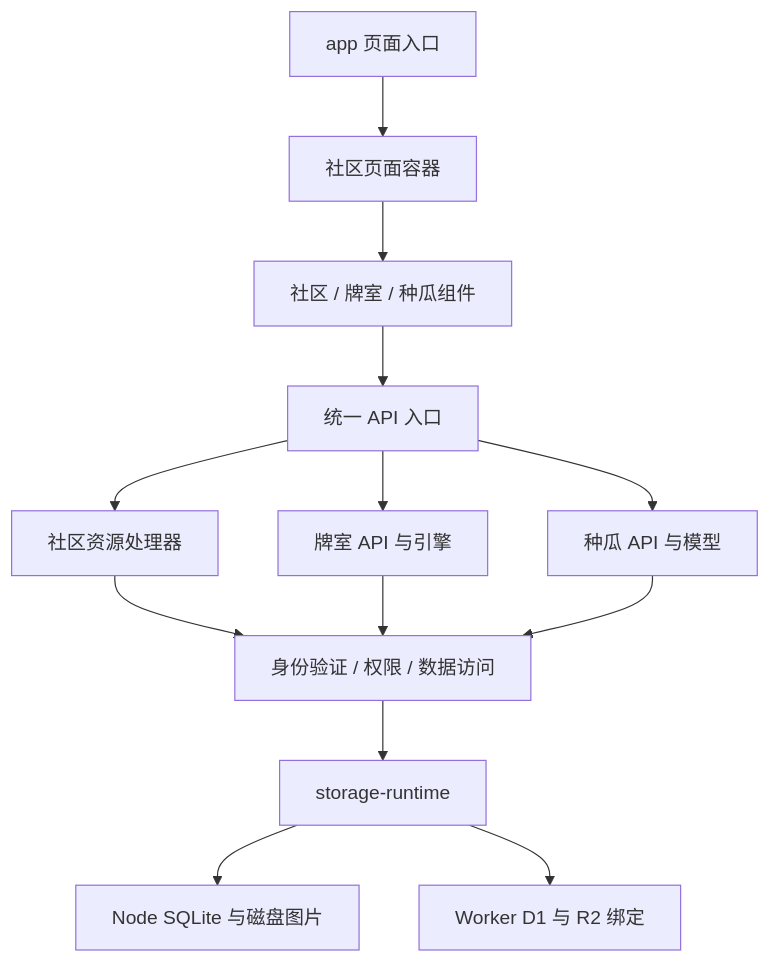
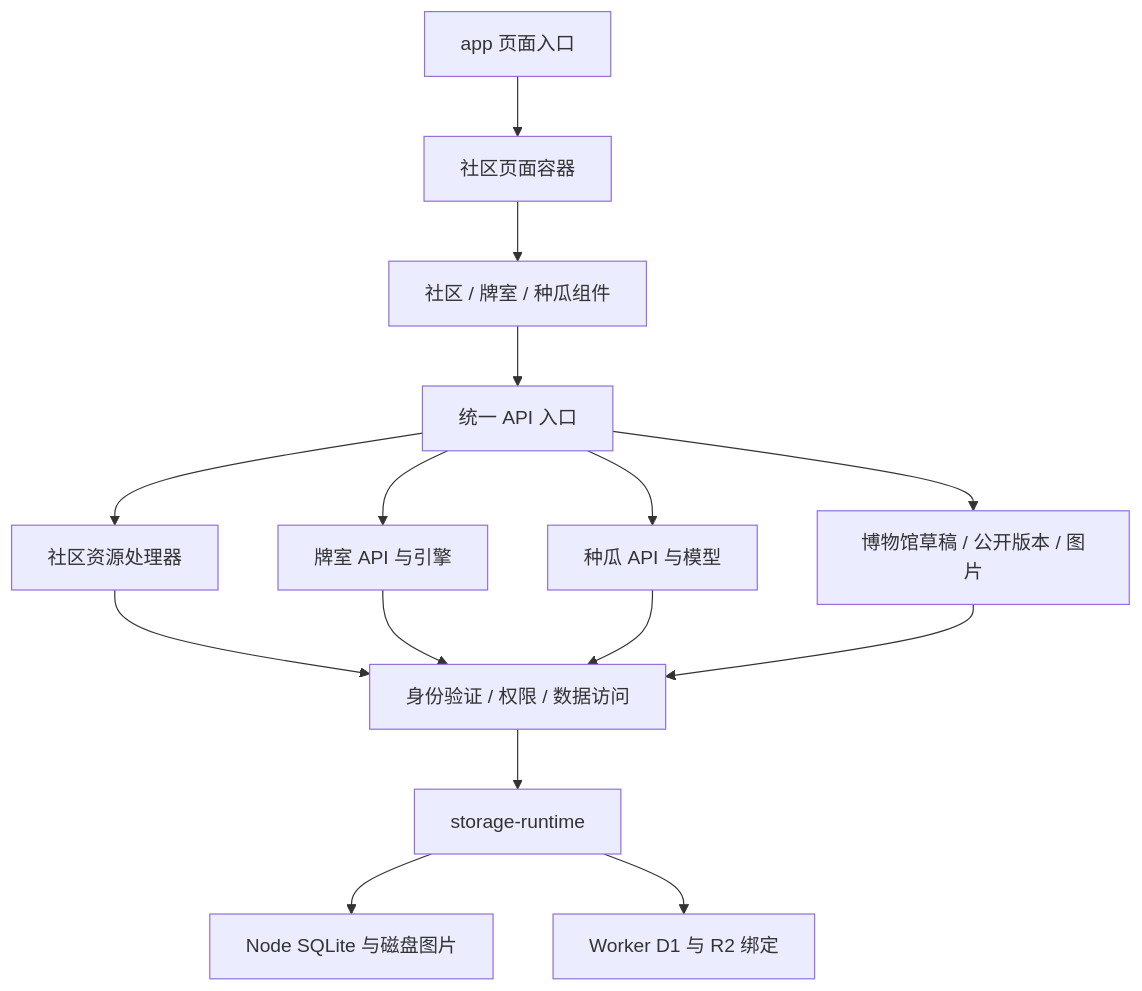
Before and after one commit to hsjv-Chai/-: the diagram in docs/architecture.md, drawn with Mermaid. The commit also changed other lines of this file and 32 other files, not shown here.

````diff
--- a/docs/architecture.md
+++ b/docs/architecture.md
@@ -7,15 +7,17 @@
 ```mermaid
 flowchart TD
   Page[app 页面入口] --> Community[社区页面容器]
   Community --> UI[社区 / 牌室 / 种瓜组件]
   UI --> API[统一 API 入口]
   API --> Forum[社区资源处理器]
   API --> Games[牌室 API 与引擎]
   API --> Garden[种瓜 API 与模型]
+  API --> Museum[博物馆草稿 / 公开版本 / 图片]
   Forum --> Shared[身份验证 / 权限 / 数据访问]
   Games --> Shared
   Garden --> Shared
+  Museum --> Shared
   Shared --> Runtime[storage-runtime]
   Runtime --> Node[Node SQLite 与磁盘图片]
   Runtime --> Worker[Worker D1 与 R2 绑定]
 ```
````
